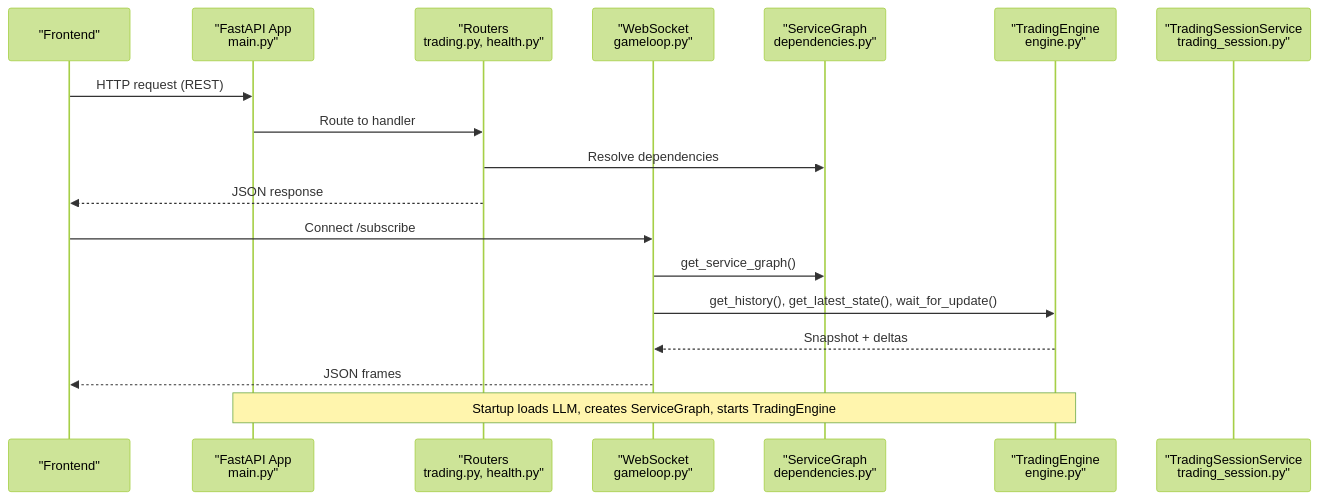
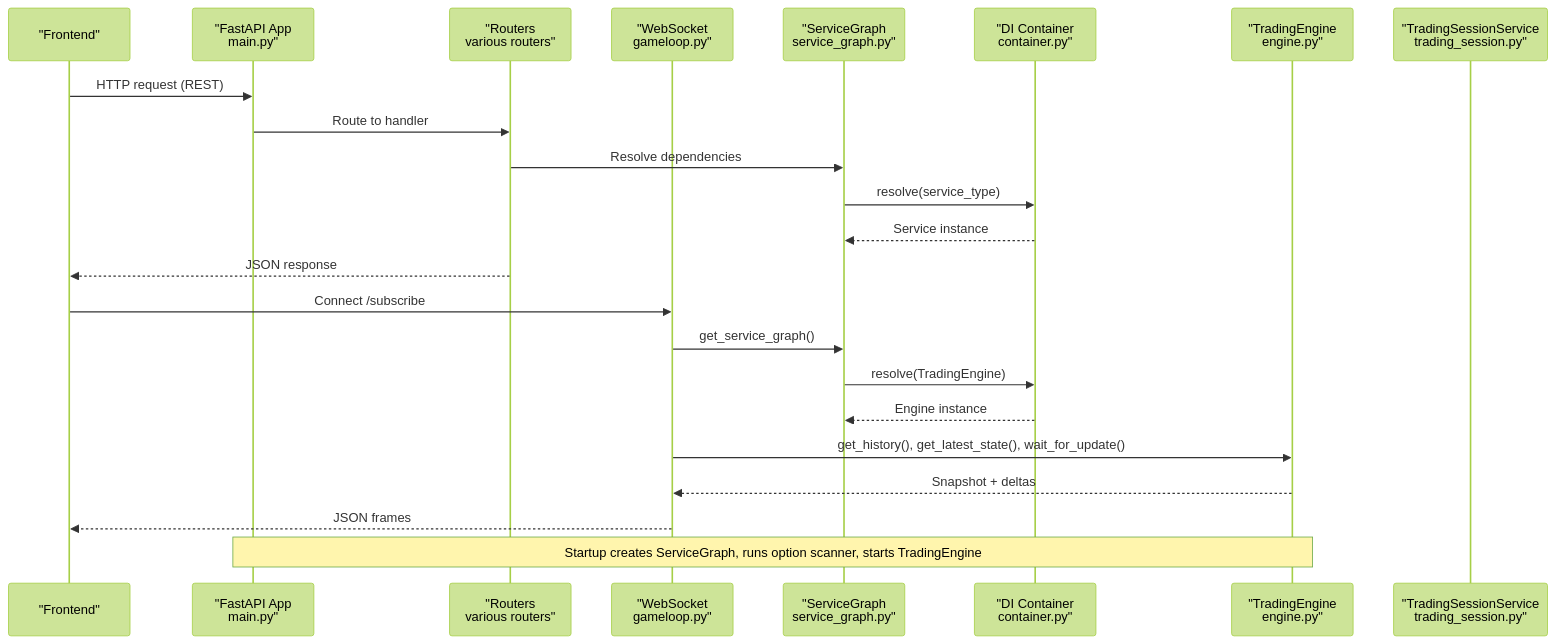
Before and after one commit to gemrajkhatry-maker/v5-of-glassytrade-ai: the second of 7 diagrams in .qoder/repowiki/en/content/Backend Application/Backend Application.md, drawn with Mermaid (forest theme). The commit also changed other lines of this file and 219 other files, not shown here.

First line of the commit message:
refactor: major architecture improvements across backend, backendv2, brokers, and frontend

````diff
--- a/.qoder/repowiki/en/content/Backend Application/Backend Application.md
+++ b/.qoder/repowiki/en/content/Backend Application/Backend Application.md
@@ -148,20 +130,25 @@
 ```mermaid
 sequenceDiagram
 participant Client as "Frontend"
 participant API as "FastAPI App<br/>main.py"
-participant Router as "Routers<br/>trading.py, health.py"
+participant Router as "Routers<br/>various routers"
 participant WS as "WebSocket<br/>gameloop.py"
-participant Graph as "ServiceGraph<br/>dependencies.py"
+participant Graph as "ServiceGraph<br/>service_graph.py"
+participant Container as "DI Container<br/>container.py"
 participant Engine as "TradingEngine<br/>engine.py"
 participant Session as "TradingSessionService<br/>trading_session.py"
 Client->>API : HTTP request (REST)
 API->>Router : Route to handler
 Router->>Graph : Resolve dependencies
+Graph->>Container : resolve(service_type)
+Container-->>Graph : Service instance
 Router-->>Client : JSON response
 Client->>WS : Connect /subscribe
 WS->>Graph : get_service_graph()
+Graph->>Container : resolve(TradingEngine)
+Container-->>Graph : Engine instance
 WS->>Engine : get_history(), get_latest_state(), wait_for_update()
 Engine-->>WS : Snapshot + deltas
 WS-->>Client : JSON frames
-Note over API,Engine : Startup loads LLM, creates ServiceGraph, starts TradingEngine
+Note over API,Engine : Startup creates ServiceGraph, runs option scanner, starts TradingEngine
 ```
````
